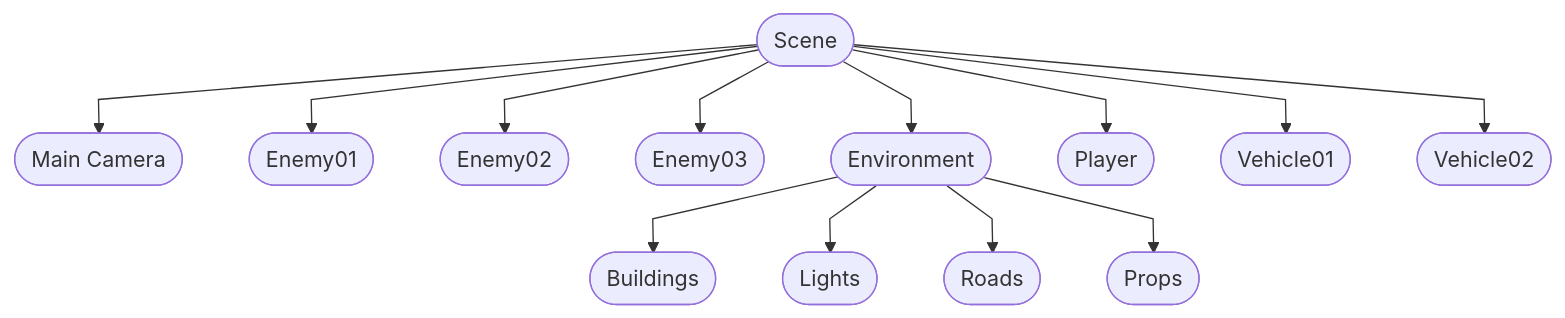
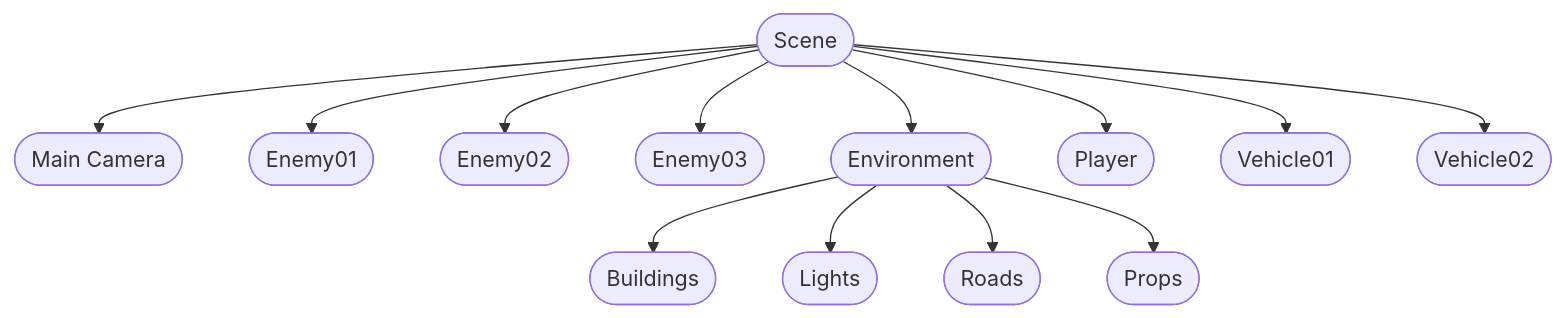
One commit to jesustorresdev/quarto-lecture-notes-format changed the diagram in diagrams/estructura-y-colaboracion/scene-hierarchy.mmd. Above: the diagram before and after it, drawn with Mermaid. The commit also changed 8 other files, not shown here.

Commit message:
refactor: settings en diagramas

```diff
--- a/diagrams/estructura-y-colaboracion/scene-hierarchy.mmd
+++ b/diagrams/estructura-y-colaboracion/scene-hierarchy.mmd
@@ -1,15 +1,14 @@
-%%{init: {"flowchart" : {"curve" : "linear"}}}%%
 graph TB
   Scene([Scene]) --> MainCamera([Main Camera])
   Scene --> Enemy01([Enemy01])
   Scene --> Enemy02([Enemy02])
   Scene --> Enemy03([Enemy03])
   Scene --> Environment([Environment])
   Scene --> Player([Player])
   Scene --> Vehicle01([Vehicle01])
   Scene --> Vehicle02([Vehicle02])
 
   Environment --> Buildings([Buildings])
   Environment --> Lights([Lights])
   Environment --> Roads([Roads])
   Environment --> Props([Props])
```
